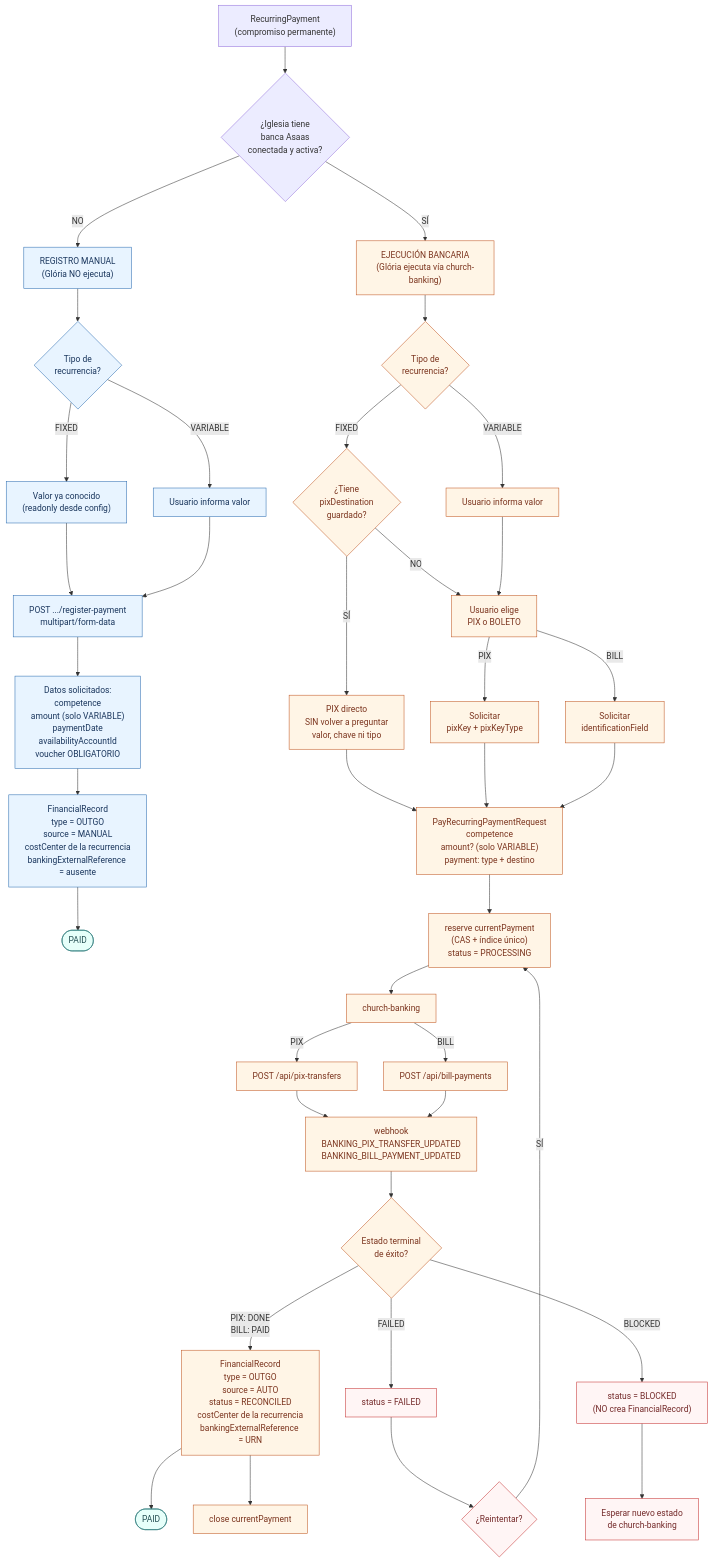
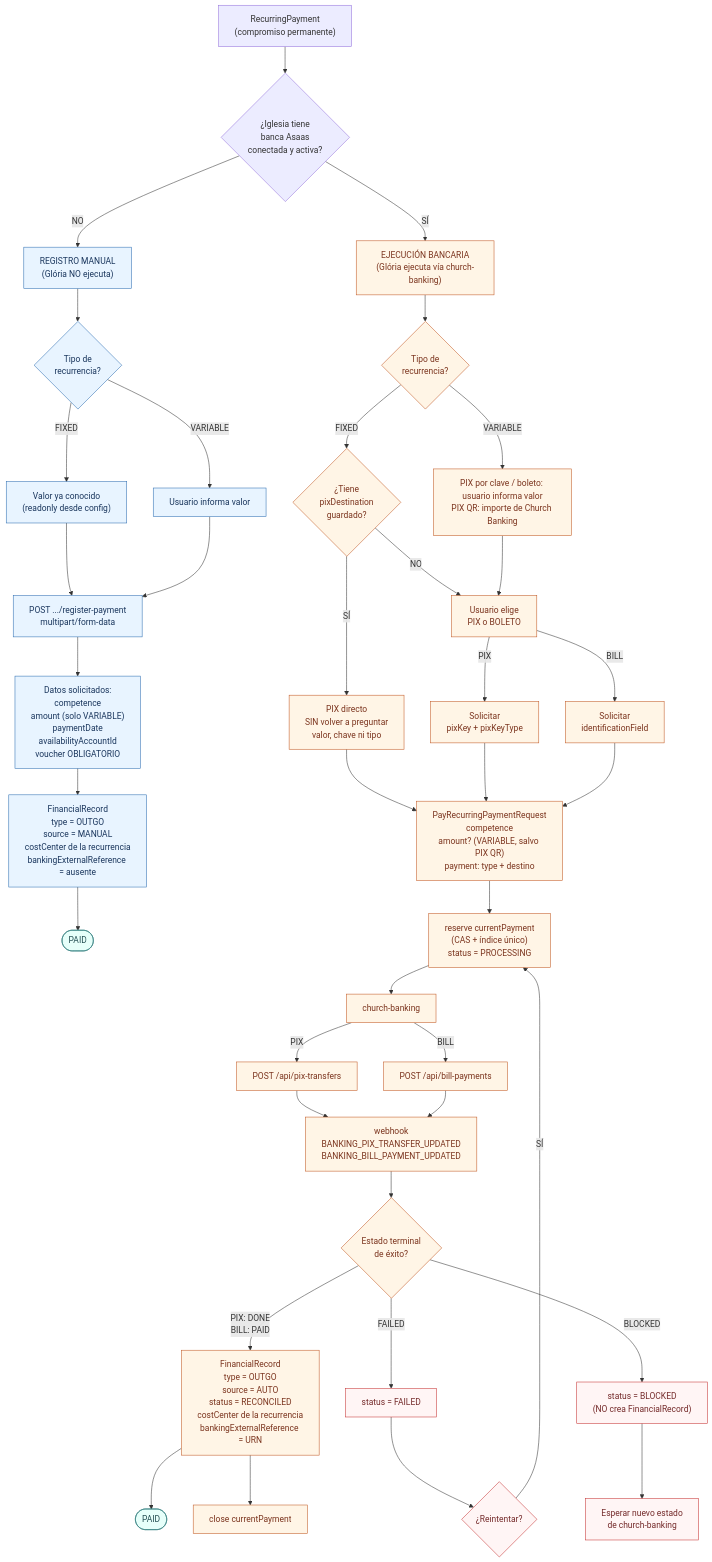
One commit to gloriafinance/gloria_finance_api changed the first of 18 diagrams in docs/recurring-payments-diagrams.md. Above: the diagram before and after it, drawn with Mermaid. The commit also changed 50 other files, not shown here.

First line of the commit message:
feat(recurring-payments): support Pix QR and cash payments (#151)

````diff
--- a/docs/recurring-payments-diagrams.md
+++ b/docs/recurring-payments-diagrams.md
@@ -30,79 +30,79 @@
 ```mermaid
 flowchart TD
     RP["RecurringPayment<br/>(compromiso permanente)"]
 
     RP --> Q1{"¿Iglesia tiene<br/>banca Asaas<br/>conectada y activa?"}
 
     Q1 -->|NO| MANUAL["REGISTRO MANUAL<br/>(Glória NO ejecuta)"]
     Q1 -->|SÍ| BANK["EJECUCIÓN BANCARIA<br/>(Glória ejecuta vía church-banking)"]
 
     %% ---------- RAMA MANUAL ----------
     MANUAL --> MT{"Tipo de<br/>recurrencia?"}
 
     MT -->|FIXED| MF["Valor ya conocido<br/>(readonly desde config)"]
     MT -->|VARIABLE| MV["Usuario informa valor"]
 
     MF --> MREG["POST .../register-payment<br/>multipart/form-data"]
     MV --> MREG
 
     MREG --> MDATA["Datos solicitados:<br/>competence<br/>amount (solo VARIABLE)<br/>paymentDate<br/>availabilityAccountId<br/>voucher OBLIGATORIO"]
 
     MDATA --> MFR["FinancialRecord<br/>type = OUTGO<br/>source = MANUAL<br/>costCenter de la recurrencia<br/>bankingExternalReference = ausente"]
 
     MFR --> MPAID(["PAID"])
 
     %% ---------- RAMA BANCARIA ----------
     BANK --> BT{"Tipo de<br/>recurrencia?"}
 
     BT -->|FIXED| BF{"¿Tiene<br/>pixDestination<br/>guardado?"}
-    BT -->|VARIABLE| BV["Usuario informa valor"]
+    BT -->|VARIABLE| BV["PIX por clave / boleto: usuario informa valor<br/>PIX QR: importe de Church Banking"]
 
     BF -->|SÍ| BPIXSAVED["PIX directo<br/>SIN volver a preguntar<br/>valor, chave ni tipo"]
     BF -->|NO| BCHOOSE["Usuario elige<br/>PIX o BOLETO"]
 
     BV --> BCHOOSE
 
     BCHOOSE -->|PIX| BPIX["Solicitar<br/>pixKey + pixKeyType"]
     BCHOOSE -->|BILL| BBILL["Solicitar<br/>identificationField"]
 
     BPIXSAVED --> CMD
     BPIX --> CMD
     BBILL --> CMD
 
-    CMD["PayRecurringPaymentRequest<br/>competence<br/>amount? (solo VARIABLE)<br/>payment: type + destino"]
+    CMD["PayRecurringPaymentRequest<br/>competence<br/>amount? (VARIABLE, salvo PIX QR)<br/>payment: type + destino"]
 
     CMD --> RESERVE["reserve currentPayment<br/>(CAS + índice único)<br/>status = PROCESSING"]
 
     RESERVE --> OUT["church-banking"]
 
     OUT -->|PIX| OXPIX["POST /api/pix-transfers"]
     OUT -->|BILL| OXBILL["POST /api/bill-payments"]
 
     OXPIX --> WH
     OXBILL --> WH
 
     WH["webhook<br/>BANKING_PIX_TRANSFER_UPDATED<br/>BANKING_BILL_PAYMENT_UPDATED"]
 
     WH --> WHS{"Estado terminal<br/>de éxito?"}
     WHS -->|"PIX: DONE<br/>BILL: PAID"| BFR["FinancialRecord<br/>type = OUTGO<br/>source = AUTO<br/>status = RECONCILED<br/>costCenter de la recurrencia<br/>bankingExternalReference = URN"]
     WHS -->|FAILED| BFAIL["status = FAILED"]
     WHS -->|BLOCKED| BBLOCK["status = BLOCKED<br/>(NO crea FinancialRecord)"]
 
     BFR --> BPAID(["PAID"])
     BFR --> CLOSE["close currentPayment"]
 
     BFAIL --> RETRY{"¿Reintentar?"}
     RETRY -->|SÍ| RESERVE
 
     BBLOCK --> WAIT["Esperar nuevo estado<br/>de church-banking"]
 
     classDef manualCls fill:#e8f4ff,stroke:#2b6cb0,color:#1a365d
     classDef bankCls fill:#fff5e6,stroke:#c05621,color:#7b341e
     classDef paidCls fill:#e6fffa,stroke:#2c7a7b,color:#234e52
     classDef failCls fill:#fff5f5,stroke:#c53030,color:#742a2a
 
     class MANUAL,MT,MF,MV,MREG,MDATA,MFR manualCls
     class BANK,BT,BF,BV,BPIXSAVED,BCHOOSE,BPIX,BBILL,CMD,RESERVE,OUT,OXPIX,OXBILL,WH,WHS,BFR,CLOSE bankCls
     class MPAID,BPAID paidCls
     class BFAIL,BBLOCK,WAIT,RETRY failCls
 ```
````
